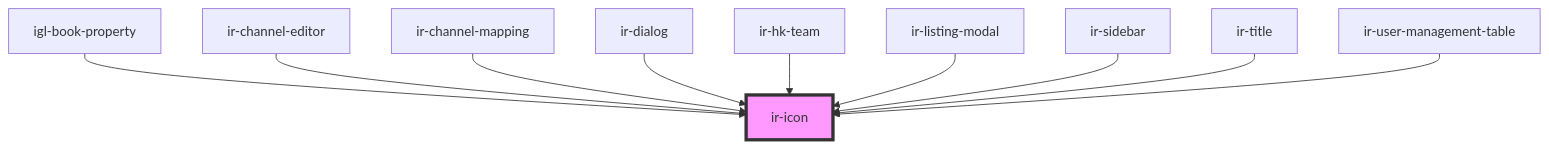
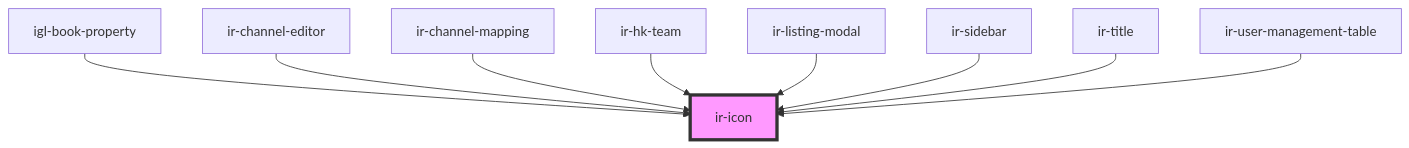
The diagram in src/components/ui/ir-icon/readme.md (RonyRizk/ir-webcmp), drawn with Mermaid before and after one commit. The commit also changed other lines of this file and 67 other files, not shown here.

````diff
--- a/src/components/ui/ir-icon/readme.md
+++ b/src/components/ui/ir-icon/readme.md
@@ -38,13 +37,12 @@
 ```mermaid
 graph TD;
   igl-book-property --> ir-icon
   ir-channel-editor --> ir-icon
   ir-channel-mapping --> ir-icon
-  ir-dialog --> ir-icon
   ir-hk-team --> ir-icon
   ir-listing-modal --> ir-icon
   ir-sidebar --> ir-icon
   ir-title --> ir-icon
   ir-user-management-table --> ir-icon
   style ir-icon fill:#f9f,stroke:#333,stroke-width:4px
 ```
````
